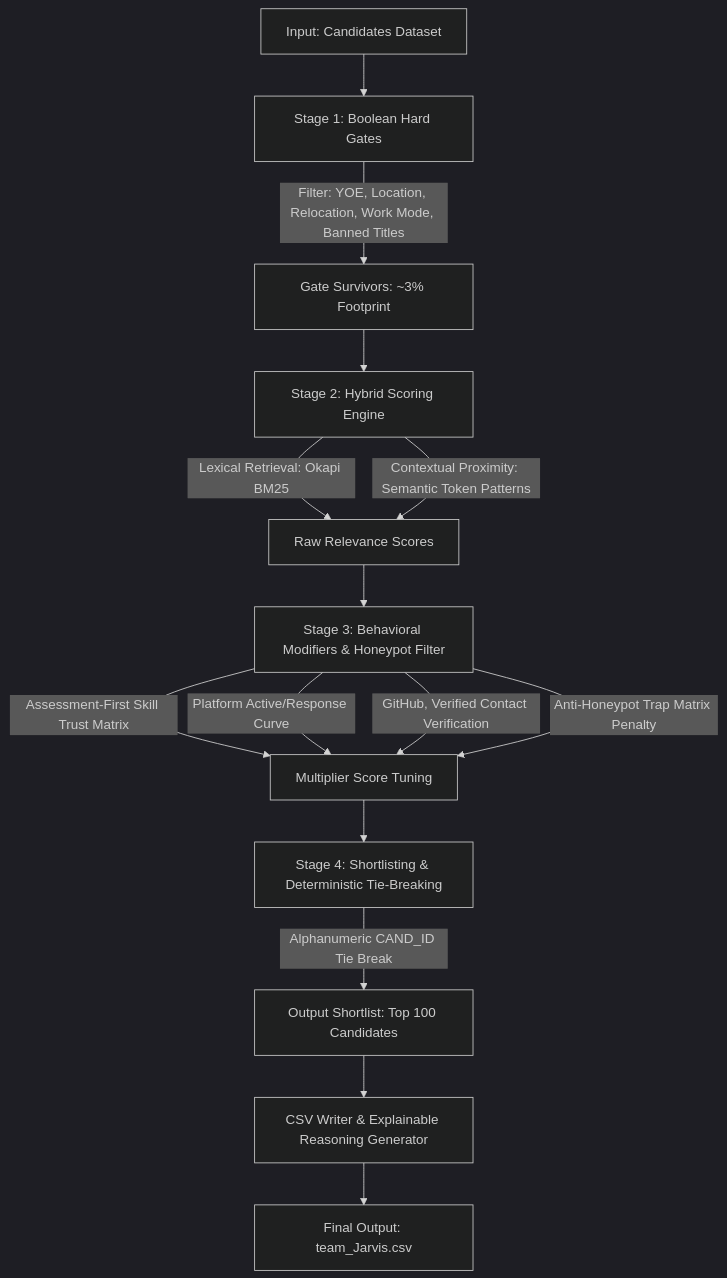
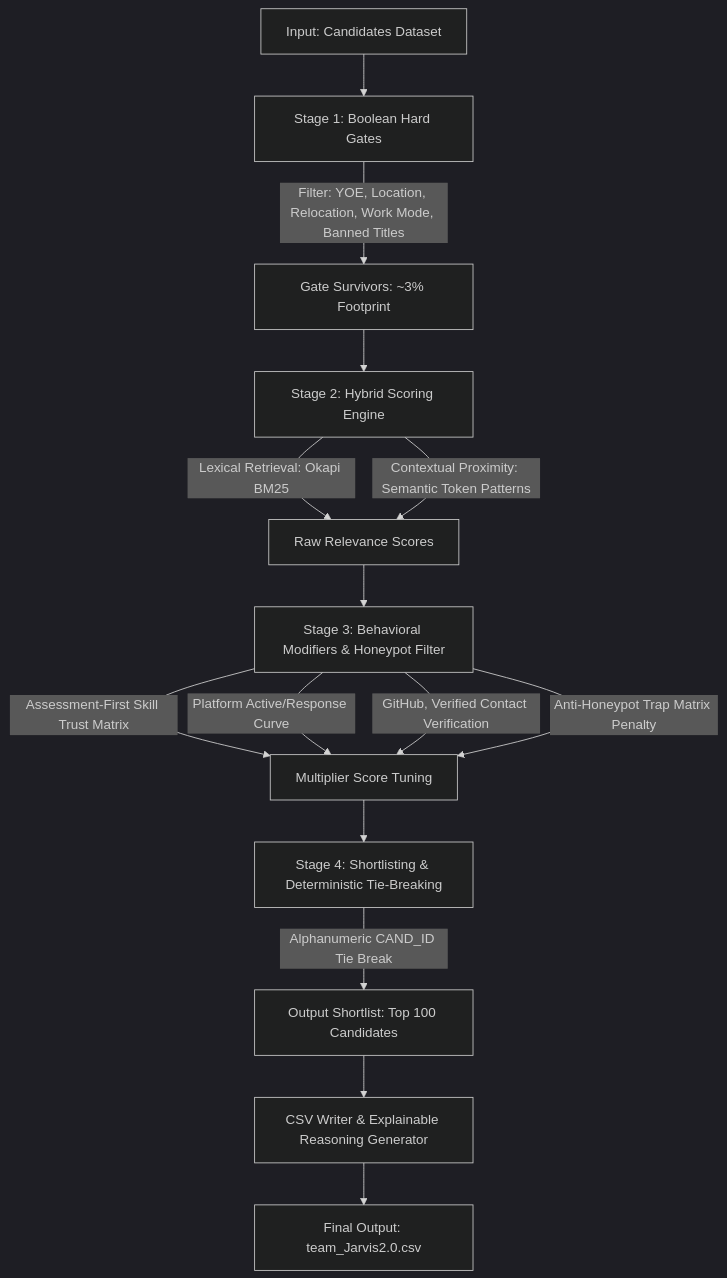
Before and after one commit to SaikarthikMothe/Redrob_Hybrid_Ranker: the diagram in README.md, drawn with Mermaid (dark theme). The commit also changed other lines of this file and 16 other files, not shown here.

Commit message:
Rename submission file to team_Jarvis2.0.csv and update all project references

````diff
--- a/README.md
+++ b/README.md
@@ -69,17 +69,17 @@
 ```mermaid
 graph TD
     A[Input: Candidates Dataset] --> B[Stage 1: Boolean Hard Gates]
     B -->|Filter: YOE, Location, Relocation, Work Mode, Banned Titles| C[Gate Survivors: ~3% Footprint]
     C --> D[Stage 2: Hybrid Scoring Engine]
     D -->|Lexical Retrieval: Okapi BM25| E[Raw Relevance Scores]
     D -->|Contextual Proximity: Semantic Token Patterns| E
     E --> F[Stage 3: Behavioral Modifiers & Honeypot Filter]
     F -->|Assessment-First Skill Trust Matrix| G[Multiplier Score Tuning]
     F -->|Platform Active/Response Curve| G
     F -->|GitHub, Verified Contact Verification| G
     F -->|Anti-Honeypot Trap Matrix Penalty| G
     G --> H[Stage 4: Shortlisting & Deterministic Tie-Breaking]
     H -->|Alphanumeric CAND_ID Tie Break| I[Output Shortlist: Top 100 Candidates]
     I --> J[CSV Writer & Explainable Reasoning Generator]
-    J --> K[Final Output: team_Jarvis.csv]
+    J --> K[Final Output: team_Jarvis2.0.csv]
 ```
````
